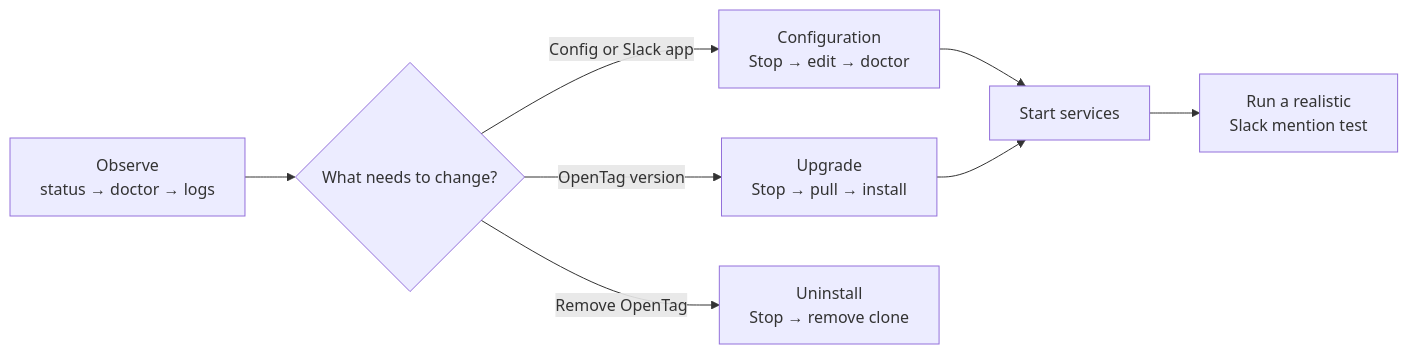
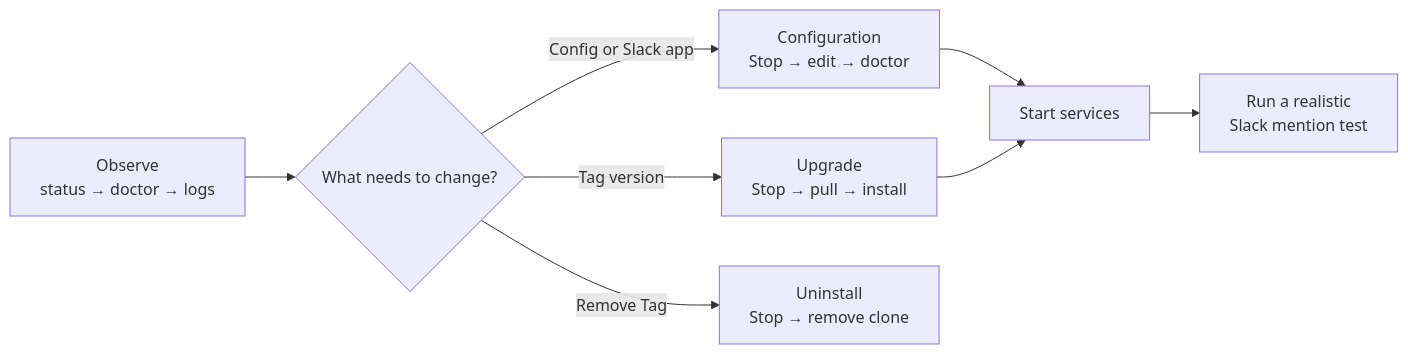
One commit to klovr-co/hover-tag changed diagram 18 of 19 in docs/user-flows.md. Above: the diagram before and after it, drawn with Mermaid. The commit also changed other lines of this file and 23 other files, not shown here.

````diff
--- a/docs/user-flows.md
+++ b/docs/user-flows.md
@@ -608,15 +608,15 @@
 ```mermaid
 flowchart LR
     Observe["Observe<br/>status → doctor → logs"]
     Change{"What needs to change?"}
     Config["Configuration<br/>Stop → edit → doctor"]
     Upgrade["Upgrade<br/>Stop → pull → install"]
     Remove["Uninstall<br/>Stop → remove clone"]
     Start["Start services"]
     Smoke["Run a realistic<br/>Slack mention test"]
 
     Observe --> Change
     Change -->|Config or Slack app| Config --> Start --> Smoke
-    Change -->|OpenTag version| Upgrade --> Start
-    Change -->|Remove OpenTag| Remove
+    Change -->|Tag version| Upgrade --> Start
+    Change -->|Remove Tag| Remove
 ```
````
